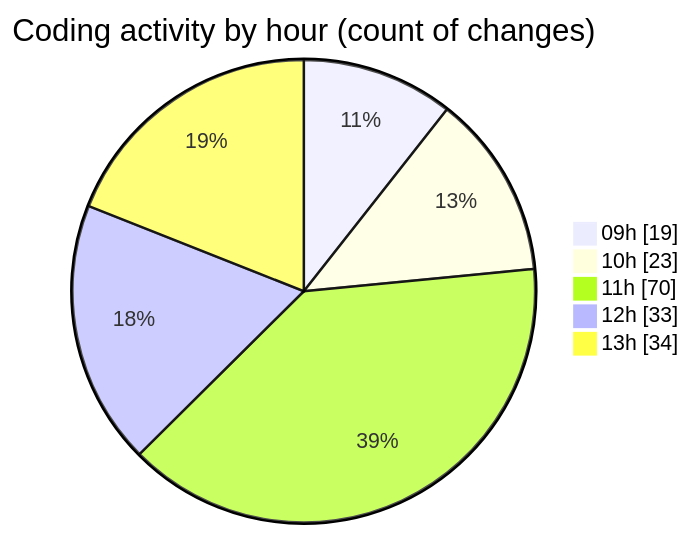
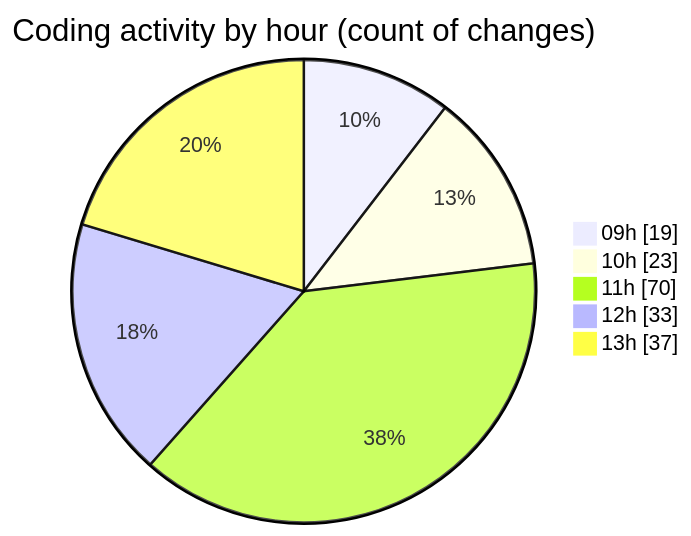
The second of 2 diagrams in 2026-02-12/cda/README.md (momahboobian/code-tracking), drawn with Mermaid before and after one commit. The commit also changed other lines of this file and 1 other file, not shown here.

````diff
--- a/2026-02-12/cda/README.md
+++ b/2026-02-12/cda/README.md
@@ -44,9 +44,9 @@
 ```mermaid
 pie showData
 title Coding activity by hour (count of changes)
 "09h" : 19
 "10h" : 23
 "11h" : 70
 "12h" : 33
-"13h" : 34
+"13h" : 37
 ```
````
